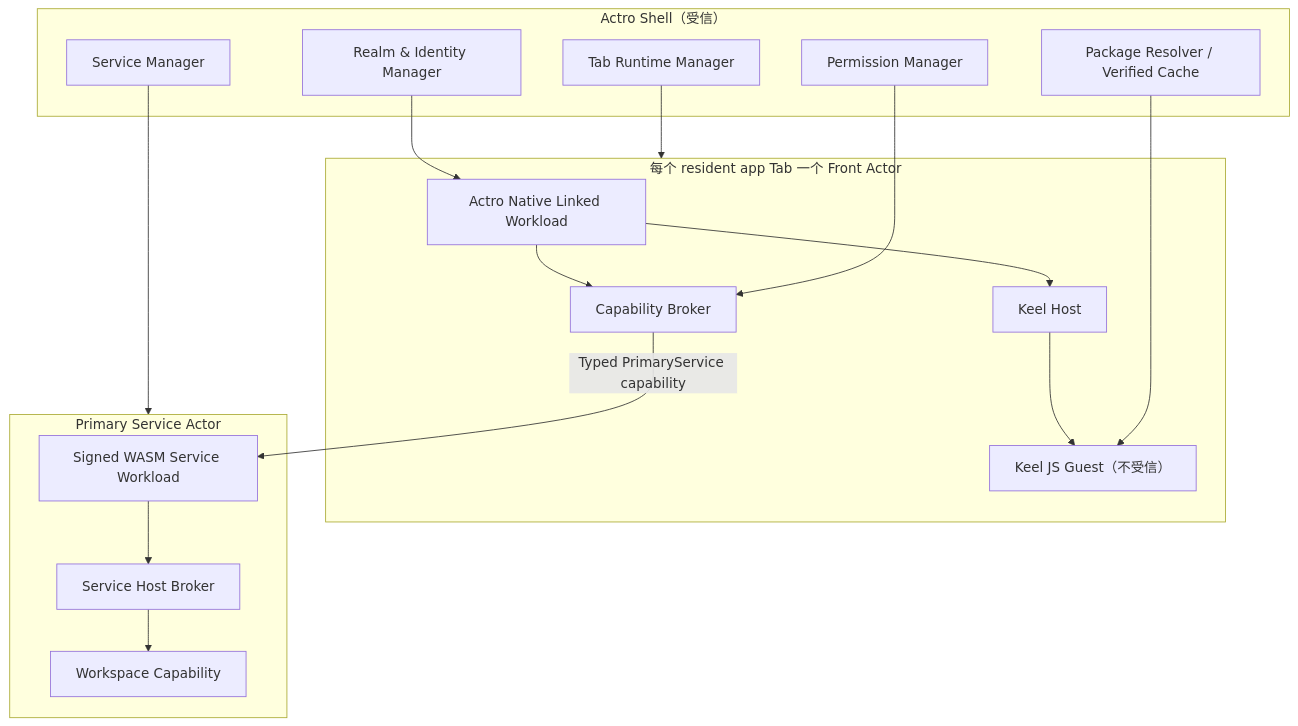
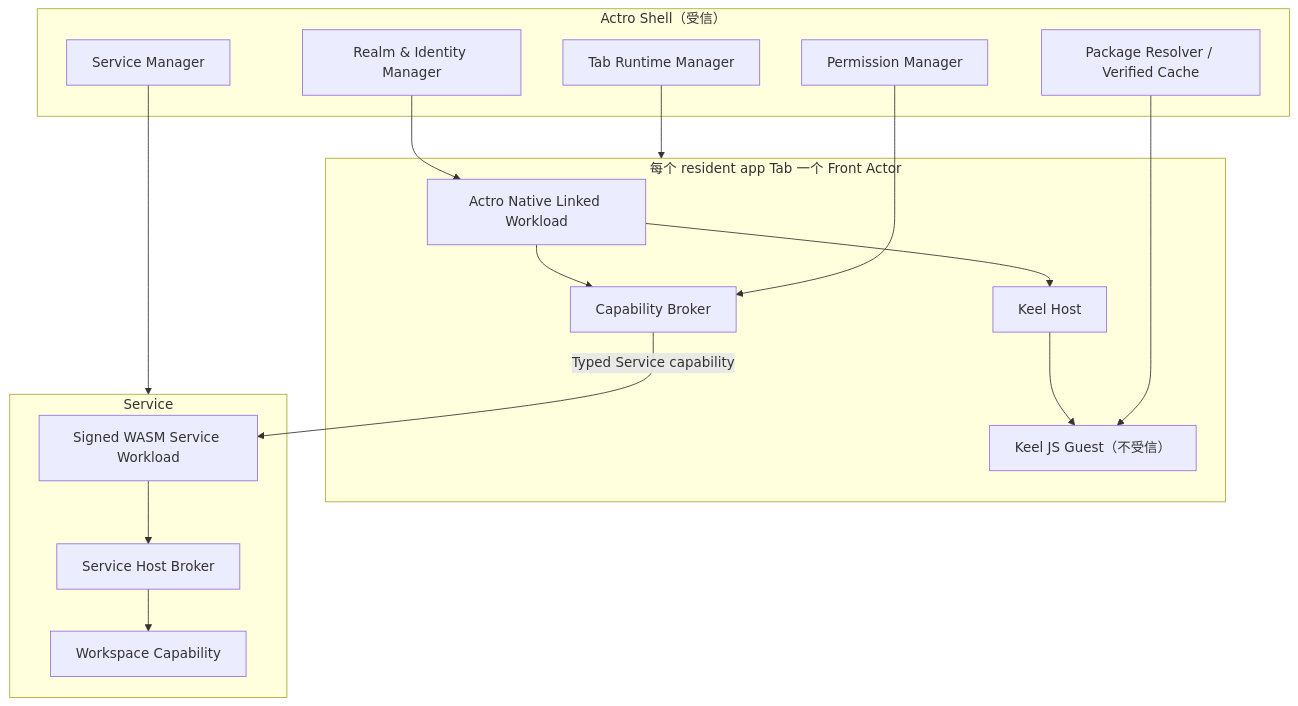
The diagram in docs/product/actrium-v1/06-runtime-and-protocol.zh.md (Actrium/actrium), drawn with Mermaid before and after one commit. The commit also changed other lines of this file and 39 other files, not shown here.

````diff
--- a/docs/product/actrium-v1/06-runtime-and-protocol.zh.md
+++ b/docs/product/actrium-v1/06-runtime-and-protocol.zh.md
@@ -5,35 +5,35 @@
 ```mermaid
 flowchart TB
     subgraph Shell["Actro Shell（受信）"]
         TRM["Tab Runtime Manager"]
         PR["Package Resolver / Verified Cache"]
         PM["Permission Manager"]
         RM["Realm & Identity Manager"]
         SM["Service Manager"]
     end
 
     subgraph Front["每个 resident app Tab 一个 Front Actor"]
         NW["Actro Native Linked Workload"]
         RH["Keel Host"]
         CB["Capability Broker"]
         RG["Keel JS Guest（不受信）"]
         NW --> RH
         RH --> RG
         NW --> CB
     end
 
-    subgraph Service["Primary Service Actor"]
+    subgraph Service["Service"]
         SW["Signed WASM Service Workload"]
         SB["Service Host Broker"]
         WS["Workspace Capability"]
         SW --> SB
         SB --> WS
     end
 
     TRM --> Front
     PR --> RG
     PM --> CB
     RM --> NW
     SM --> Service
-    CB -->|"Typed PrimaryService capability"| SW
+    CB -->|"Typed Service capability"| SW
 ```
````
